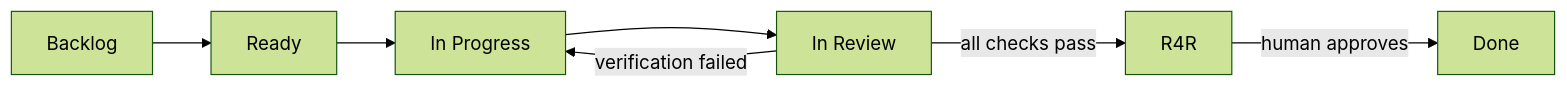
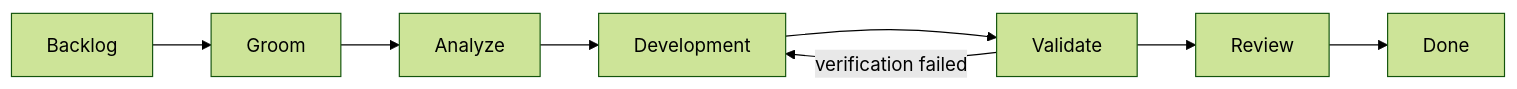
The first of 4 diagrams in docs/QUICKSTART.md (kburson/ai-task-manager), drawn with Mermaid (forest theme) before and after one commit. The commit also changed other lines of this file and 3 other files, not shown here.

````diff
--- a/docs/QUICKSTART.md
+++ b/docs/QUICKSTART.md
@@ -41,7 +41,5 @@
 ```mermaid
 flowchart LR
-    Backlog --> Ready --> InProgress["In Progress"] --> InReview["In Review"]
-    InReview -->|verification failed| InProgress
-    InReview -->|all checks pass| R4R
-    R4R -->|human approves| Done
+    Backlog --> Groom --> Analyze --> Development --> Validate --> Review --> Done
+    Validate -->|verification failed| Development
 ```
````
